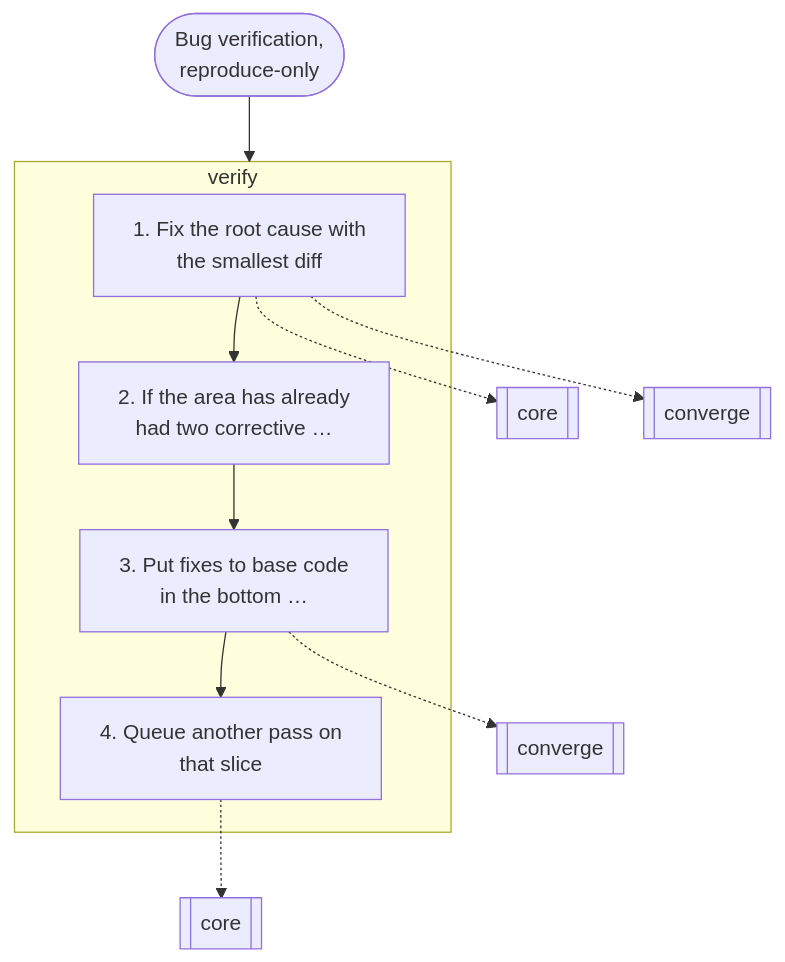
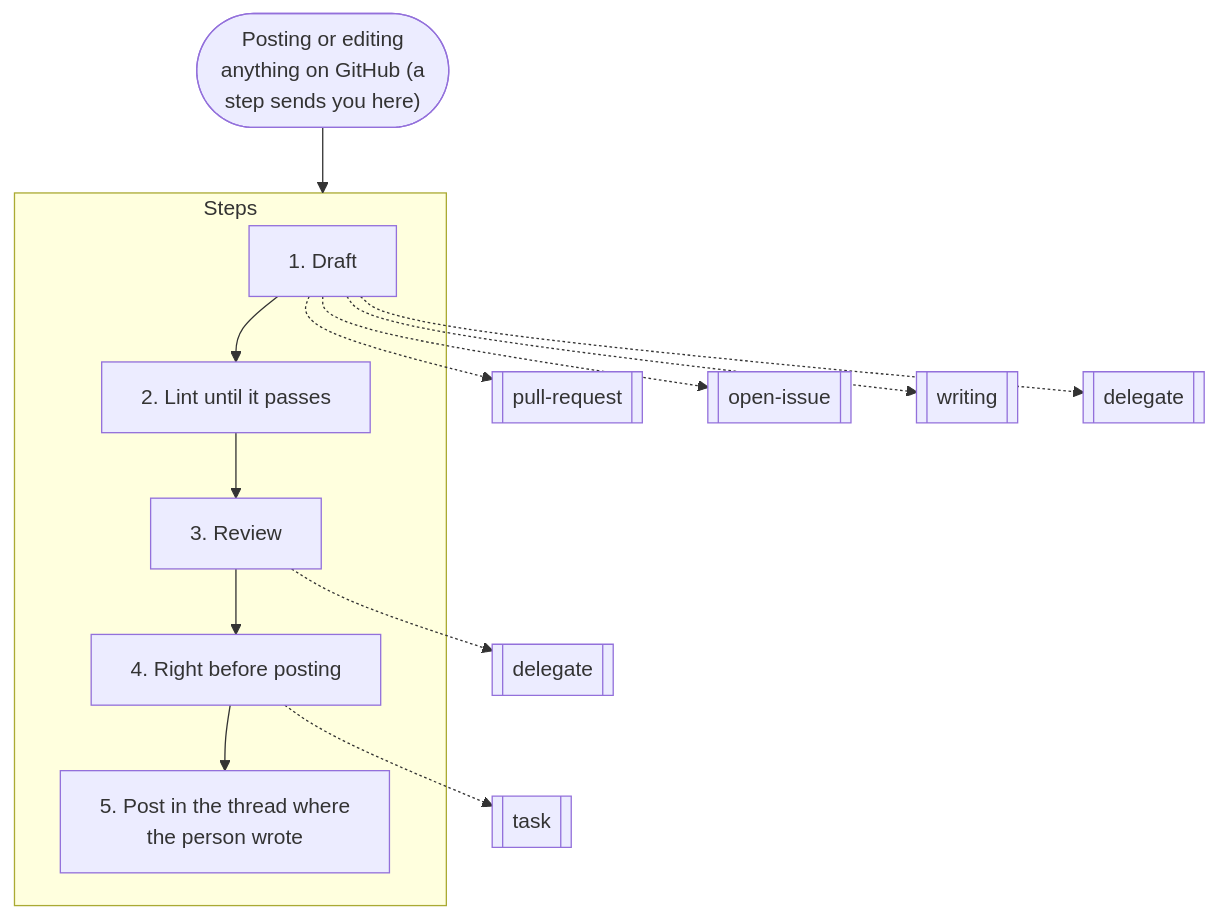
Before and after one commit to nitedani-agent/mergeworthy: the tenth of 16 diagrams in docs/graphs.md, drawn with Mermaid. The commit also changed other lines of this file and 60 other files, not shown here.

````diff
--- a/docs/graphs.md
+++ b/docs/graphs.md
@@ -381,18 +257,22 @@
 ```mermaid
 flowchart TB
-  start(["Bug verification,<br/>reproduce-only"])
-  subgraph g0["verify"]
-    s0["1. Fix the root cause with<br/>the smallest diff"]
-    s1["2. If the area has already<br/>had two corrective …"]
+  start(["Posting or editing<br/>anything on GitHub (a<br/>step sends you here)"])
+  subgraph g0["Steps"]
+    s0["1. Draft"]
+    s1["2. Lint until it passes"]
     s0 --> s1
-    s2["3. Put fixes to base code<br/>in the bottom …"]
+    s2["3. Review"]
     s1 --> s2
-    s3["4. Queue another pass on<br/>that slice"]
+    s3["4. Right before posting"]
     s2 --> s3
+    s4["5. Post in the thread where<br/>the person wrote"]
+    s3 --> s4
   end
-  s0 -.-> r1[["core"]]
-  s0 -.-> r2[["converge"]]
-  s2 -.-> r3[["converge"]]
-  s3 -.-> r4[["core"]]
+  s0 -.-> r1[["pull-request"]]
+  s0 -.-> r2[["open-issue"]]
+  s0 -.-> r3[["writing"]]
+  s0 -.-> r4[["delegate"]]
+  s2 -.-> r5[["delegate"]]
+  s3 -.-> r6[["task"]]
   start --> g0
 ```
````
